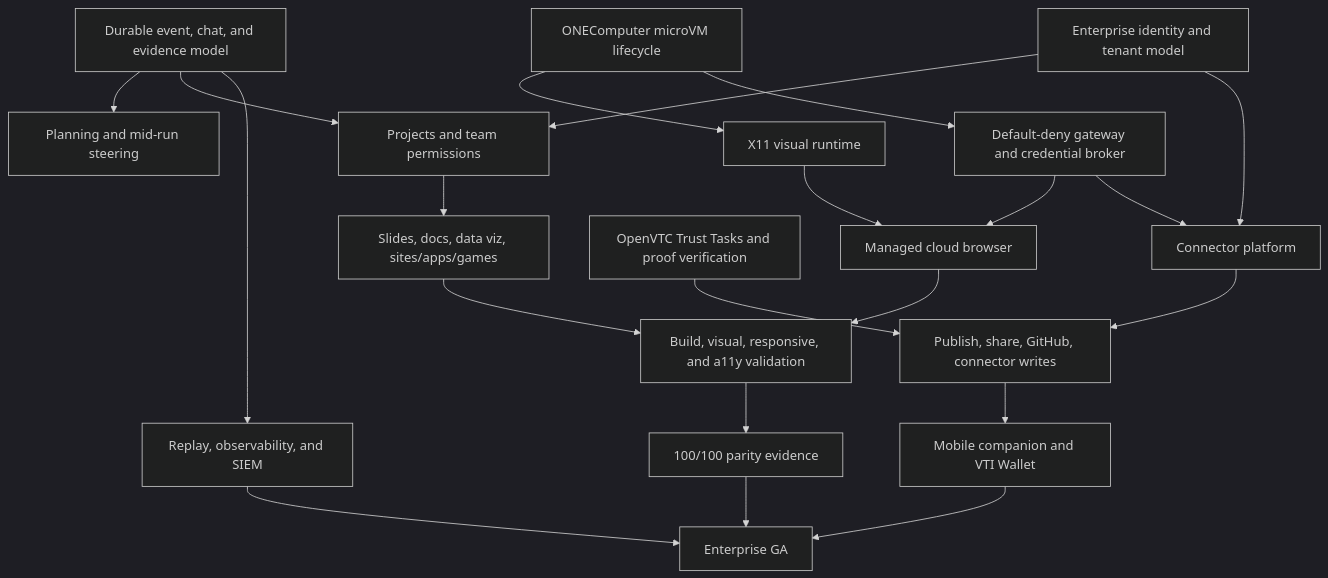
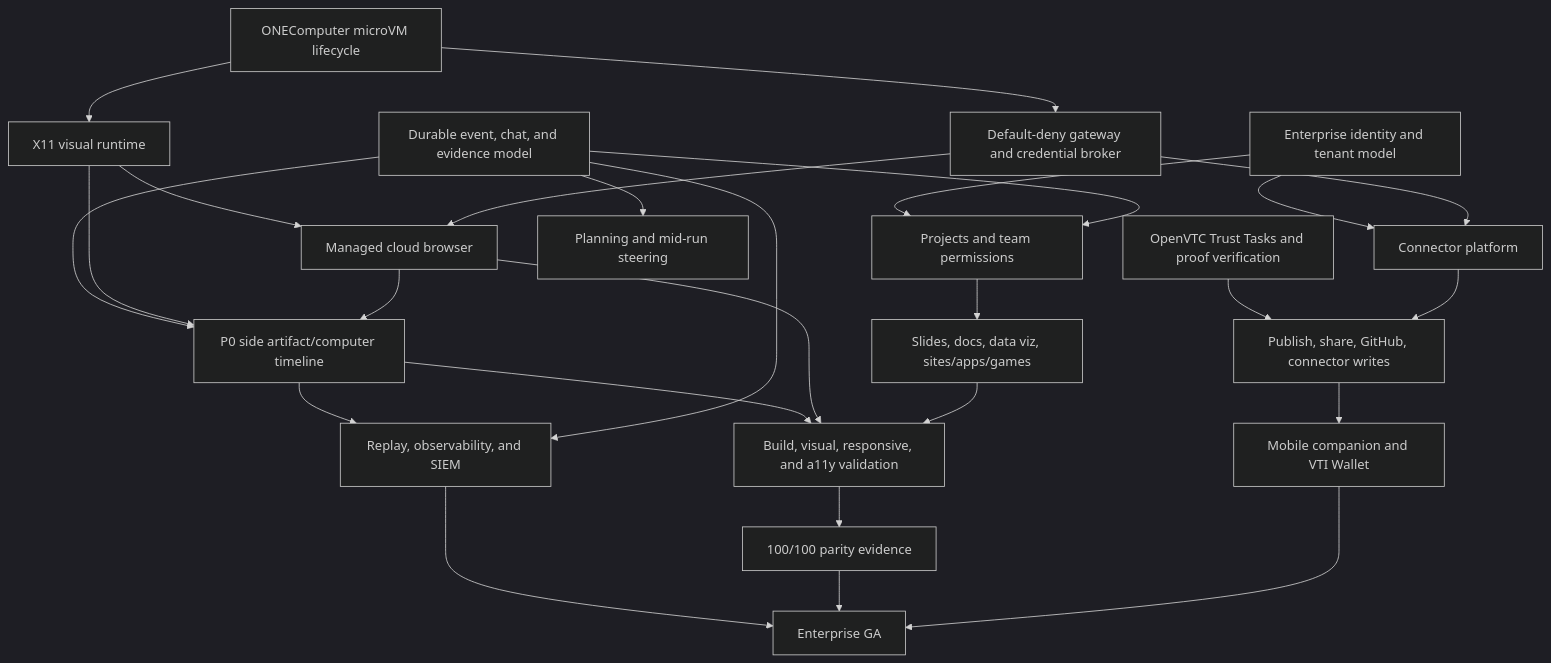
One commit to ONE-Computer/onevibe changed the diagram in docs/PRODUCT-ROADMAP.md. Above: the diagram before and after it, drawn with Mermaid (dark theme). The commit also changed other lines of this file, not shown here.

Commit message:
docs: prioritize side artifact timeline

````diff
--- a/docs/PRODUCT-ROADMAP.md
+++ b/docs/PRODUCT-ROADMAP.md
@@ -107,23 +110,28 @@
 ```mermaid
 flowchart TD
   ID["Enterprise identity and tenant model"] --> PROJ["Projects and team permissions"]
   ID --> CONN["Connector platform"]
   VM["ONEComputer microVM lifecycle"] --> X11["X11 visual runtime"]
   VM --> GW["Default-deny gateway and credential broker"]
   X11 --> BROWSER["Managed cloud browser"]
   GW --> BROWSER
   GW --> CONN
   EVENT["Durable event, chat, and evidence model"] --> STEER["Planning and mid-run steering"]
+  EVENT --> TIMELINE["P0 side artifact/computer timeline"]
+  X11 --> TIMELINE
+  BROWSER --> TIMELINE
+  TIMELINE --> OBS
+  TIMELINE --> QA
   EVENT --> PROJ
   EVENT --> OBS["Replay, observability, and SIEM"]
   OVT["OpenVTC Trust Tasks and proof verification"] --> ACTIONS["Publish, share, GitHub, connector writes"]
   CONN --> ACTIONS
   BROWSER --> QA["Build, visual, responsive, and a11y validation"]
   CREATE["Slides, docs, data viz, sites/apps/games"] --> QA
   PROJ --> CREATE
   ACTIONS --> MOBILE["Mobile companion and VTI Wallet"]
   QA --> PARITY["100/100 parity evidence"]
   OBS --> GA["Enterprise GA"]
   PARITY --> GA
   MOBILE --> GA
 ```
````
